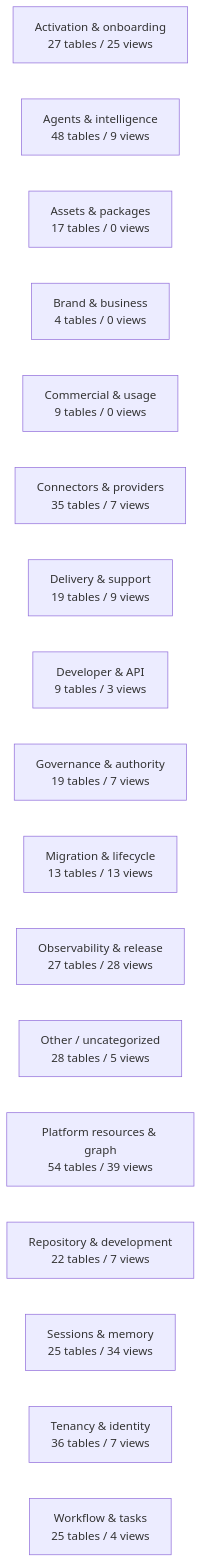
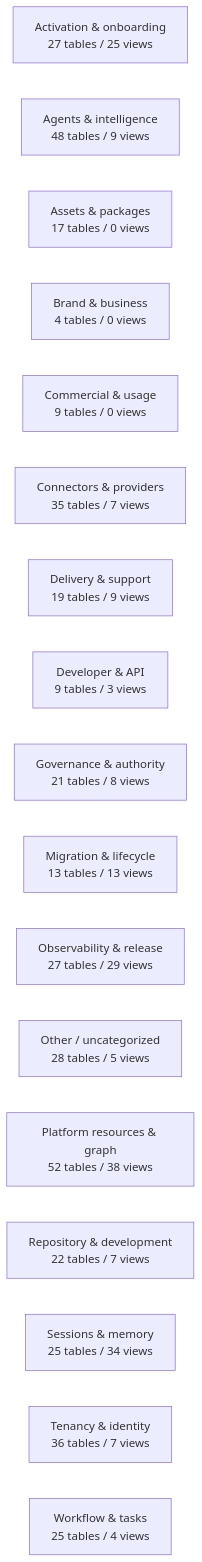
The diagram in docs/work-maps/data-model-domain-map.md (mad4bdigital-ai/multi-business-multi-role-growth-intelligence-os), drawn with Mermaid before and after one commit. The commit also changed other lines of this file and 2 other files, not shown here.

````diff
--- a/docs/work-maps/data-model-domain-map.md
+++ b/docs/work-maps/data-model-domain-map.md
@@ -9,20 +9,20 @@
 ```mermaid
 flowchart LR
   n_Activation___onboarding["Activation & onboarding<br/>27 tables / 25 views"]
   n_Agents___intelligence["Agents & intelligence<br/>48 tables / 9 views"]
   n_Assets___packages["Assets & packages<br/>17 tables / 0 views"]
   n_Brand___business["Brand & business<br/>4 tables / 0 views"]
   n_Commercial___usage["Commercial & usage<br/>9 tables / 0 views"]
   n_Connectors___providers["Connectors & providers<br/>35 tables / 7 views"]
   n_Delivery___support["Delivery & support<br/>19 tables / 9 views"]
   n_Developer___API["Developer & API<br/>9 tables / 3 views"]
-  n_Governance___authority["Governance & authority<br/>19 tables / 7 views"]
+  n_Governance___authority["Governance & authority<br/>21 tables / 8 views"]
   n_Migration___lifecycle["Migration & lifecycle<br/>13 tables / 13 views"]
-  n_Observability___release["Observability & release<br/>27 tables / 28 views"]
+  n_Observability___release["Observability & release<br/>27 tables / 29 views"]
   n_Other___uncategorized["Other / uncategorized<br/>28 tables / 5 views"]
-  n_Platform_resources___graph["Platform resources & graph<br/>54 tables / 39 views"]
+  n_Platform_resources___graph["Platform resources & graph<br/>52 tables / 38 views"]
   n_Repository___development["Repository & development<br/>22 tables / 7 views"]
   n_Sessions___memory["Sessions & memory<br/>25 tables / 34 views"]
   n_Tenancy___identity["Tenancy & identity<br/>36 tables / 7 views"]
   n_Workflow___tasks["Workflow & tasks<br/>25 tables / 4 views"]
 ```
````
